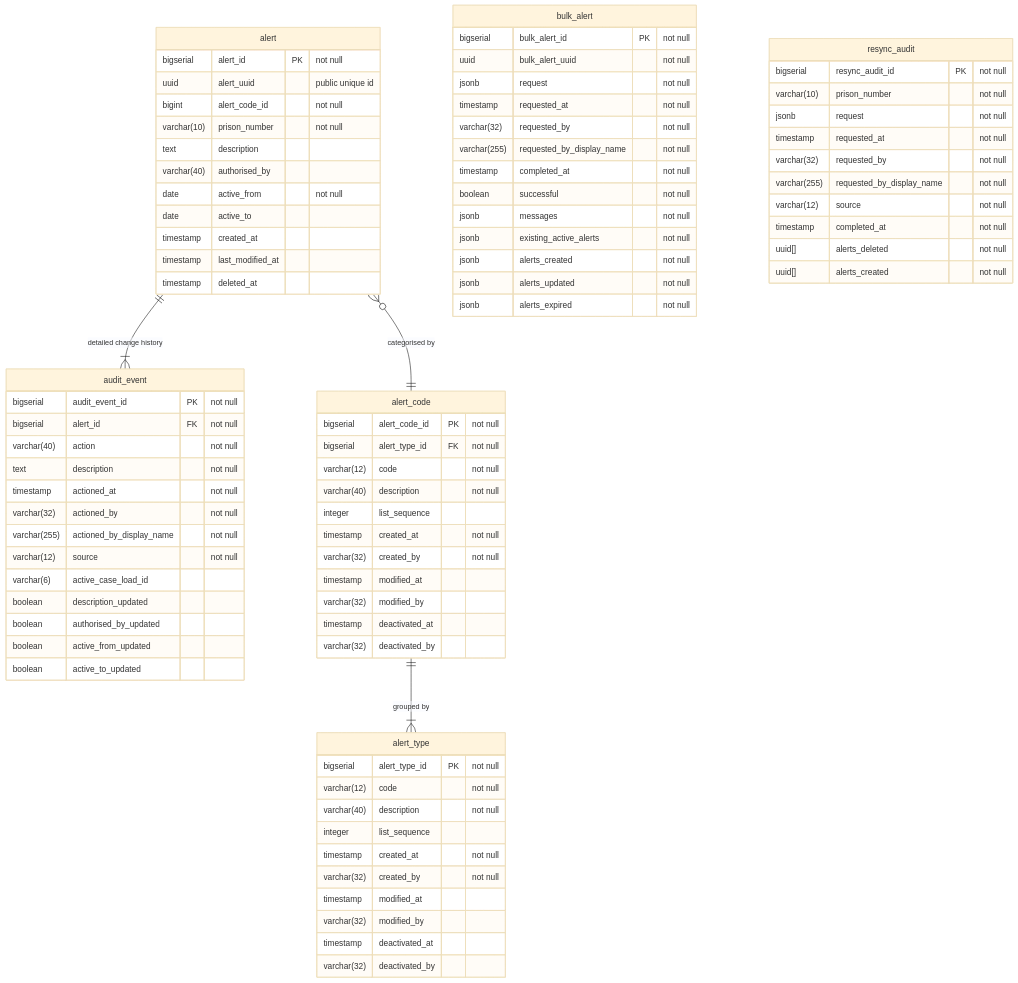
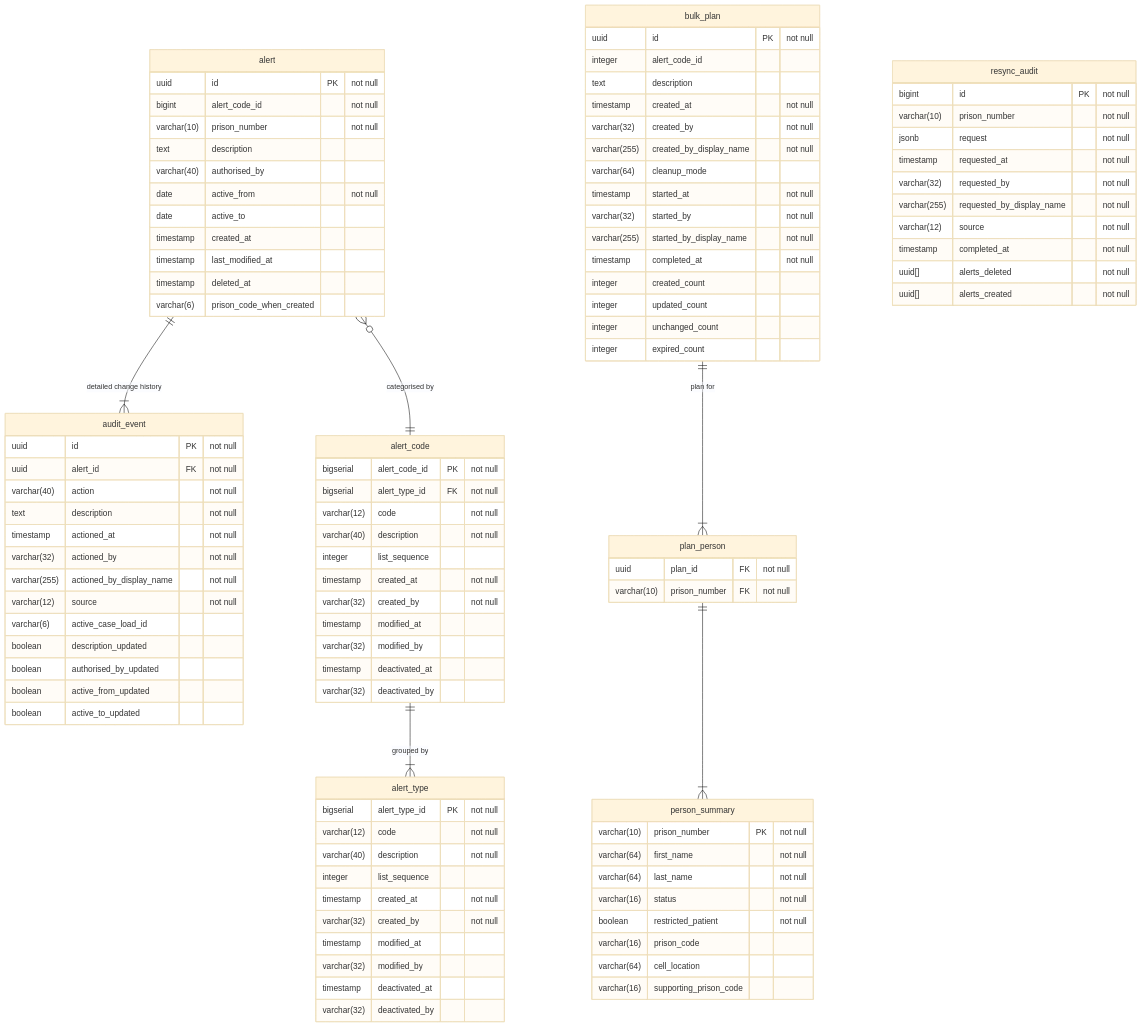
One commit to ministryofjustice/hmpps-alerts-api changed the diagram in datamodel.mermaid. Above: the diagram before and after it, drawn with Mermaid (base theme).

Commit message:
Datamodel updates 09/12/2024 (#267)

```diff
--- a/datamodel.mermaid
+++ b/datamodel.mermaid
@@ -1,90 +1,110 @@
 erDiagram
     alert one to one or more audit_event : "detailed change history"
     alert many to one alert_code : "categorised by"
     alert_code one to one or more alert_type : "grouped by"
+    bulk_plan one to one or more plan_person : "plan for"
+    plan_person one to one or more person_summary : ""
 
     alert {
-        bigserial alert_id PK "not null"
-        uuid alert_uuid "public unique id"
+        uuid id PK "not null"
         bigint alert_code_id "not null"
         varchar(10) prison_number "not null"
         text description
         varchar(40) authorised_by
         date active_from "not null"
         date active_to
         timestamp created_at
         timestamp last_modified_at
         timestamp deleted_at
+        varchar(6) prison_code_when_created
     }
 
     audit_event {
-        bigserial audit_event_id PK "not null"
-        bigserial alert_id FK "not null"
+        uuid id PK "not null"
+        uuid alert_id FK "not null"
         varchar(40) action "not null"
         text description "not null"
         timestamp actioned_at "not null"
         varchar(32) actioned_by "not null"
         varchar(255) actioned_by_display_name "not null"
         varchar(12) source "not null"
         varchar(6) active_case_load_id
         boolean description_updated
         boolean authorised_by_updated
         boolean active_from_updated
         boolean active_to_updated
     }
 
     alert_code {
         bigserial alert_code_id PK "not null"
         bigserial alert_type_id FK "not null"
         varchar(12) code "not null"
         varchar(40) description "not null"
         integer list_sequence
         timestamp created_at "not null"
         varchar(32) created_by "not null"
         timestamp modified_at
         varchar(32) modified_by
         timestamp deactivated_at
         varchar(32) deactivated_by
     }
 
     alert_type {
         bigserial alert_type_id PK "not null"
         varchar(12) code "not null"
         varchar(40) description "not null"
         integer list_sequence
         timestamp created_at "not null"
         varchar(32) created_by "not null"
         timestamp modified_at
         varchar(32) modified_by
         timestamp deactivated_at
         varchar(32) deactivated_by
     }
 
-    bulk_alert {
-        bigserial bulk_alert_id PK "not null"
-        uuid bulk_alert_uuid "not null"
-        jsonb request "not null"
-        timestamp requested_at "not null"
-        varchar(32) requested_by "not null"
-        varchar(255) requested_by_display_name "not null"
+    bulk_plan {
+        uuid id PK "not null"
+        integer alert_code_id
+        text description
+        timestamp created_at "not null"
+        varchar(32) created_by "not null"
+        varchar(255) created_by_display_name "not null"
+        varchar(64) cleanup_mode
+        timestamp started_at "not null"
+        varchar(32) started_by "not null"
+        varchar(255) started_by_display_name "not null"
         timestamp completed_at "not null"
-        boolean successful "not null"
-        jsonb messages "not null"
-        jsonb existing_active_alerts "not null"
-        jsonb alerts_created "not null"
-        jsonb alerts_updated "not null"
-        jsonb alerts_expired "not null"
+        integer created_count
+        integer updated_count
+        integer unchanged_count
+        integer expired_count
+    }
+
+    plan_person {
+        uuid plan_id FK "not null"
+        varchar(10) prison_number FK "not null"
+    }
+
+    person_summary {
+        varchar(10) prison_number PK "not null"
+        varchar(64) first_name "not null"
+        varchar(64) last_name "not null"
+        varchar(16) status "not null"
+        boolean restricted_patient "not null"
+        varchar(16) prison_code
+        varchar(64) cell_location
+        varchar(16) supporting_prison_code
     }
 
     resync_audit {
-        bigserial resync_audit_id PK "not null"
+        bigint id PK "not null"
         varchar(10) prison_number "not null"
         jsonb request "not null"
         timestamp requested_at "not null"
         varchar(32) requested_by "not null"
         varchar(255) requested_by_display_name "not null"
         varchar(12) source "not null"
         timestamp completed_at "not null"
         uuid[] alerts_deleted "not null"
         uuid[] alerts_created "not null"
     }
```
